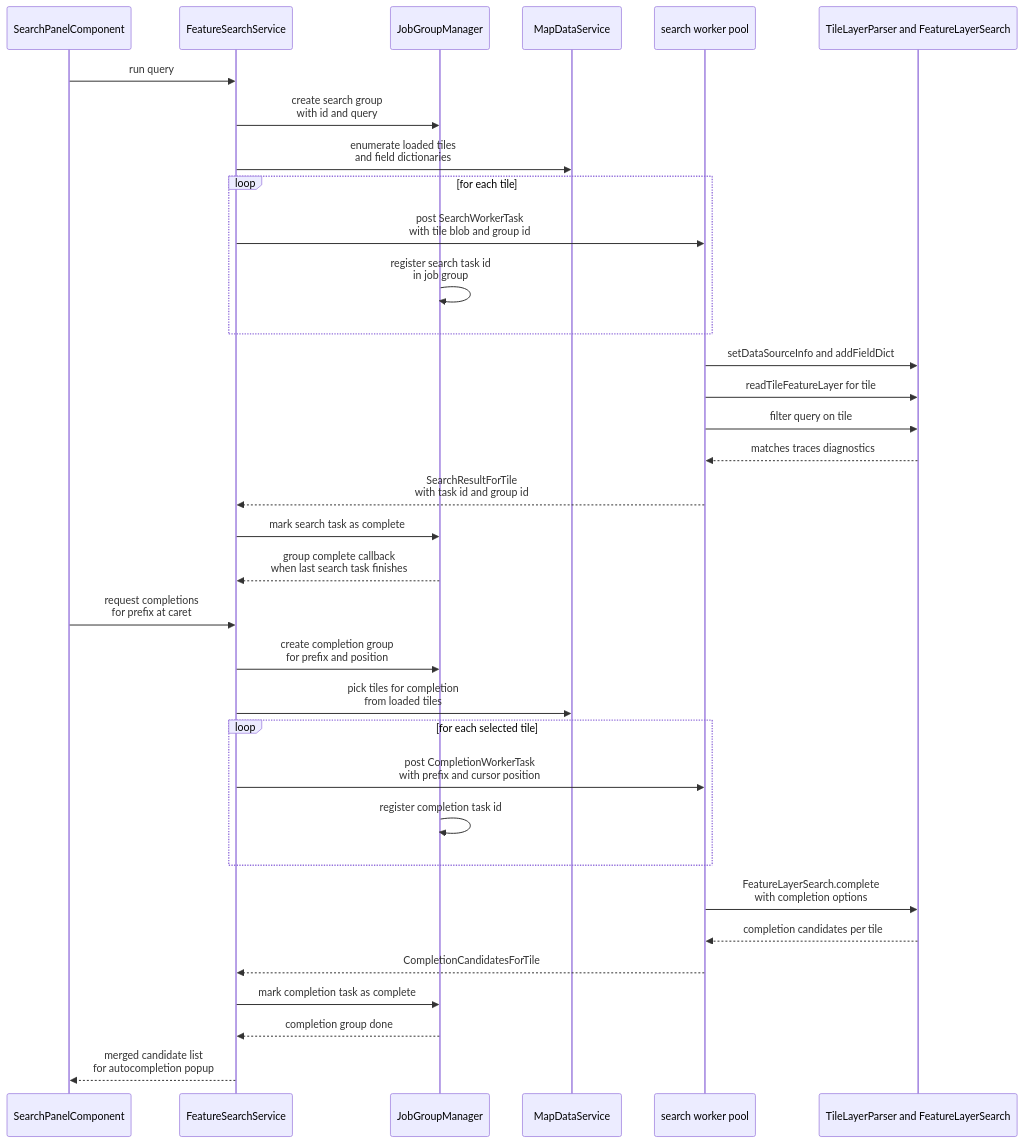
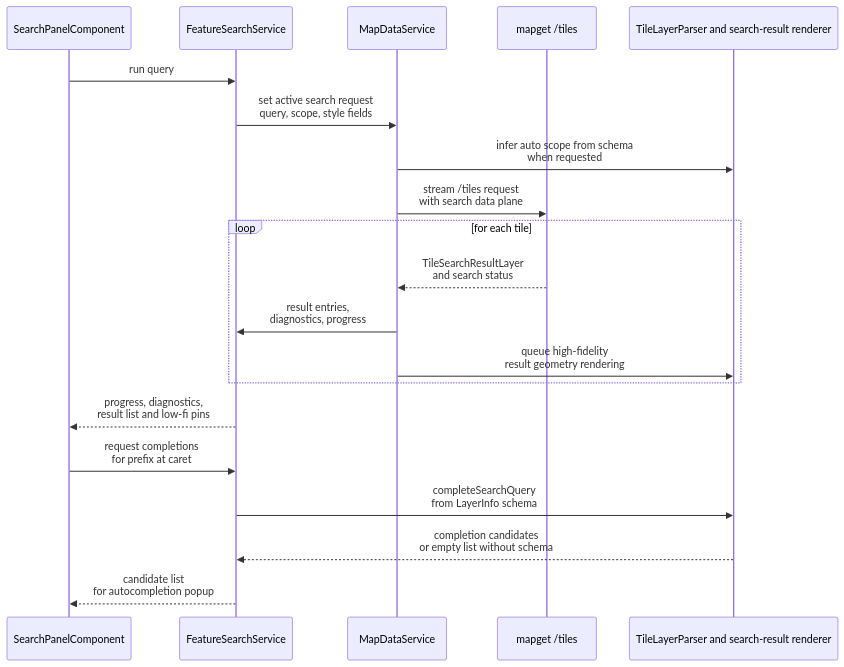
The ninth of 10 diagrams in docs/erdblick-dev-guide.md (ndsev/erdblick), drawn with Mermaid before and after one commit. The commit also changed other lines of this file and 31 other files, not shown here.

Commit message:
search: Use backend search and schema-based completion.

````diff
--- a/docs/erdblick-dev-guide.md
+++ b/docs/erdblick-dev-guide.md
@@ -619,43 +618,26 @@
 ```mermaid
 sequenceDiagram
   participant UI as SearchPanelComponent
   participant Search as FeatureSearchService
-  participant Jobs as JobGroupManager
   participant MapSvc as MapDataService
-  participant Worker as search worker pool
-  participant Core as TileLayerParser and FeatureLayerSearch
+  participant Backend as mapget /tiles
+  participant Core as TileLayerParser and search-result renderer
 
   UI->>Search: run query
-  Search->>Jobs: create search group<br>with id and query
-  Search->>MapSvc: enumerate loaded tiles<br>and field dictionaries
+  Search->>MapSvc: set active search request<br>query, scope, style fields
+  MapSvc->>Core: infer auto scope from schema<br>when requested
+  MapSvc->>Backend: stream /tiles request<br>with search data plane
 
   loop for each tile
-    Search->>Worker: post SearchWorkerTask<br>with tile blob and group id
-    Jobs->>Jobs: register search task id<br>in job group
+    Backend-->>MapSvc: TileSearchResultLayer<br>and search status
+    MapSvc->>Search: result entries,<br>diagnostics, progress
+    MapSvc->>Core: queue high-fidelity<br>result geometry rendering
   end
 
-  Worker->>Core: setDataSourceInfo and addFieldDict
-  Worker->>Core: readTileFeatureLayer for tile
-  Worker->>Core: filter query on tile
-  Core-->>Worker: matches traces diagnostics
-  Worker-->>Search: SearchResultForTile<br>with task id and group id
-  Search->>Jobs: mark search task as complete
-
-  Jobs-->>Search: group complete callback<br>when last search task finishes
+  Search-->>UI: progress, diagnostics,<br>result list and low-fi pins
 
   UI->>Search: request completions<br>for prefix at caret
-  Search->>Jobs: create completion group<br>for prefix and position
-  Search->>MapSvc: pick tiles for completion<br>from loaded tiles
-
-  loop for each selected tile
-    Search->>Worker: post CompletionWorkerTask<br>with prefix and cursor position
-    Jobs->>Jobs: register completion task id
-  end
-
-  Worker->>Core: FeatureLayerSearch.complete<br>with completion options
-  Core-->>Worker: completion candidates per tile
-  Worker-->>Search: CompletionCandidatesForTile
-  Search->>Jobs: mark completion task as complete
-  Jobs-->>Search: completion group done
-  Search-->>UI: merged candidate list<br>for autocompletion popup
+  Search->>Core: completeSearchQuery<br>from LayerInfo schema
+  Core-->>Search: completion candidates<br>or empty list without schema
+  Search-->>UI: candidate list<br>for autocompletion popup
 ```
````
